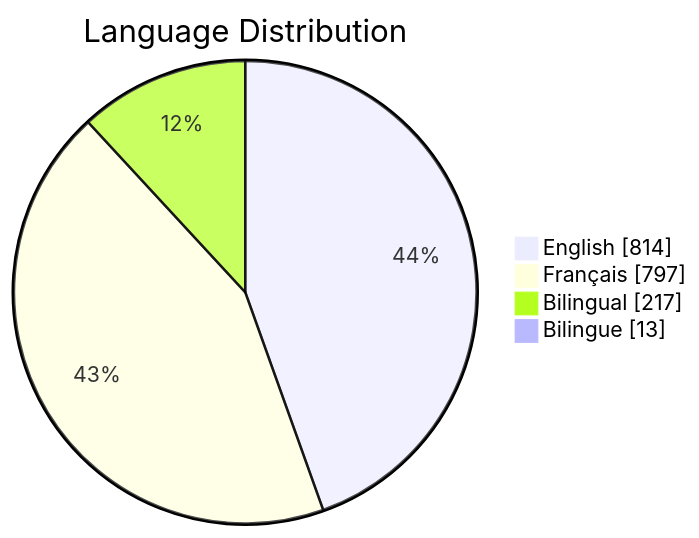
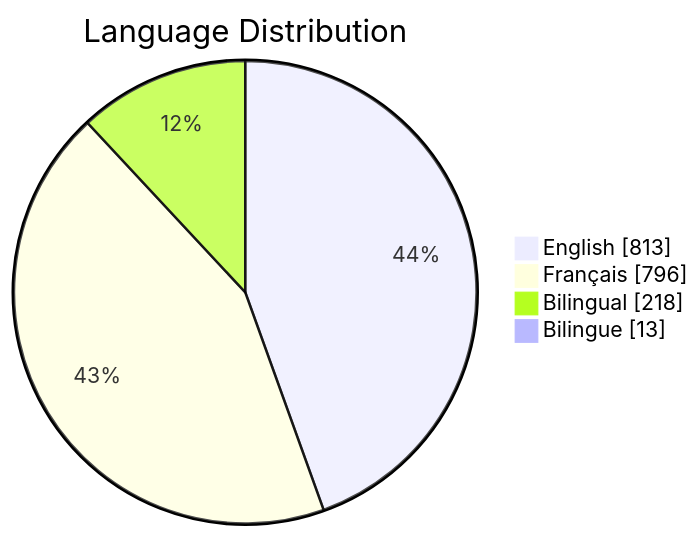
Before and after one commit to PatLittle/GC-Socials: the third of 6 diagrams in README.md, drawn with Mermaid. The commit also changed other lines of this file, not shown here.

Commit message:
Update README with Platform Distribution pie chart

````diff
--- a/README.md
+++ b/README.md
@@ -65,7 +65,7 @@
 ```mermaid
 pie showData title Language Distribution
-    "English": 814
-    "Français": 797
-    "Bilingual": 217
+    "English": 813
+    "Français": 796
+    "Bilingual": 218
     "Bilingue": 13
 ```
````
